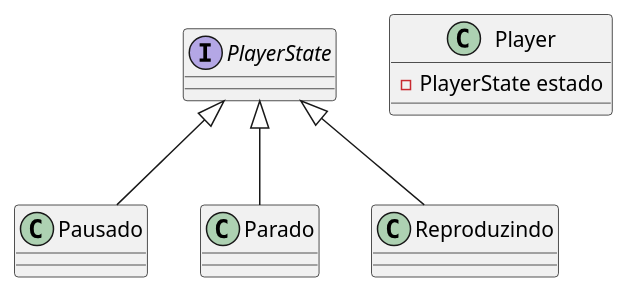
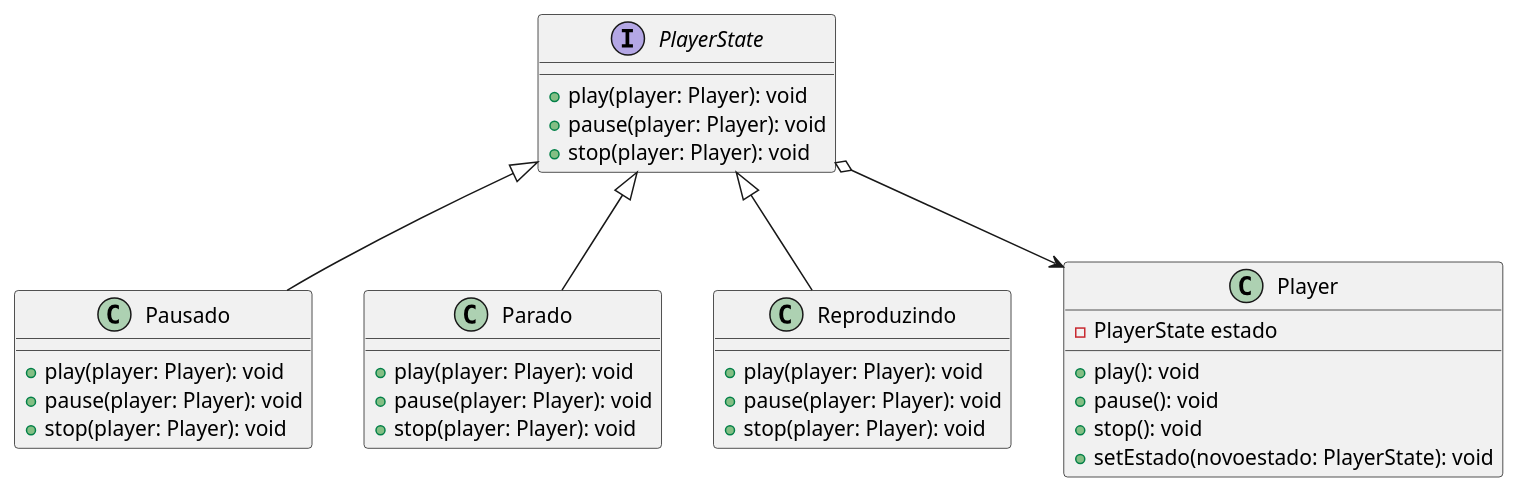
Before and after one commit to Davi-SC/padroes-projeto: the diagram in exercicios-prova01/questao04/src/classesq04.puml, drawn with PlantUML. The commit also changed 14 other files, not shown here.

```diff
--- a/exercicios-prova01/questao04/src/classesq04.puml
+++ b/exercicios-prova01/questao04/src/classesq04.puml
@@ -1,16 +1,37 @@
 @startuml
 'https://plantuml.com/class-diagram
 
-class Pausado
-class Parado
-class Reproduzindo
-interface PlayerState
+class Pausado{
++ play(player: Player): void
++ pause(player: Player): void
++ stop(player: Player): void
+}
+class Parado{
++ play(player: Player): void
++ pause(player: Player): void
++ stop(player: Player): void
+}
+class Reproduzindo{
++ play(player: Player): void
++ pause(player: Player): void
++ stop(player: Player): void
+}
+interface PlayerState{
++ play(player: Player): void
++ pause(player: Player): void
++ stop(player: Player): void
+}
 class Player{
 - PlayerState estado
++ play(): void
++ pause(): void
++ stop(): void
++setEstado(novoestado: PlayerState): void
 }
 
 PlayerState <|-- Pausado
 PlayerState <|-- Parado
 PlayerState <|-- Reproduzindo
+PlayerState o--> Player
 
 @enduml
```
